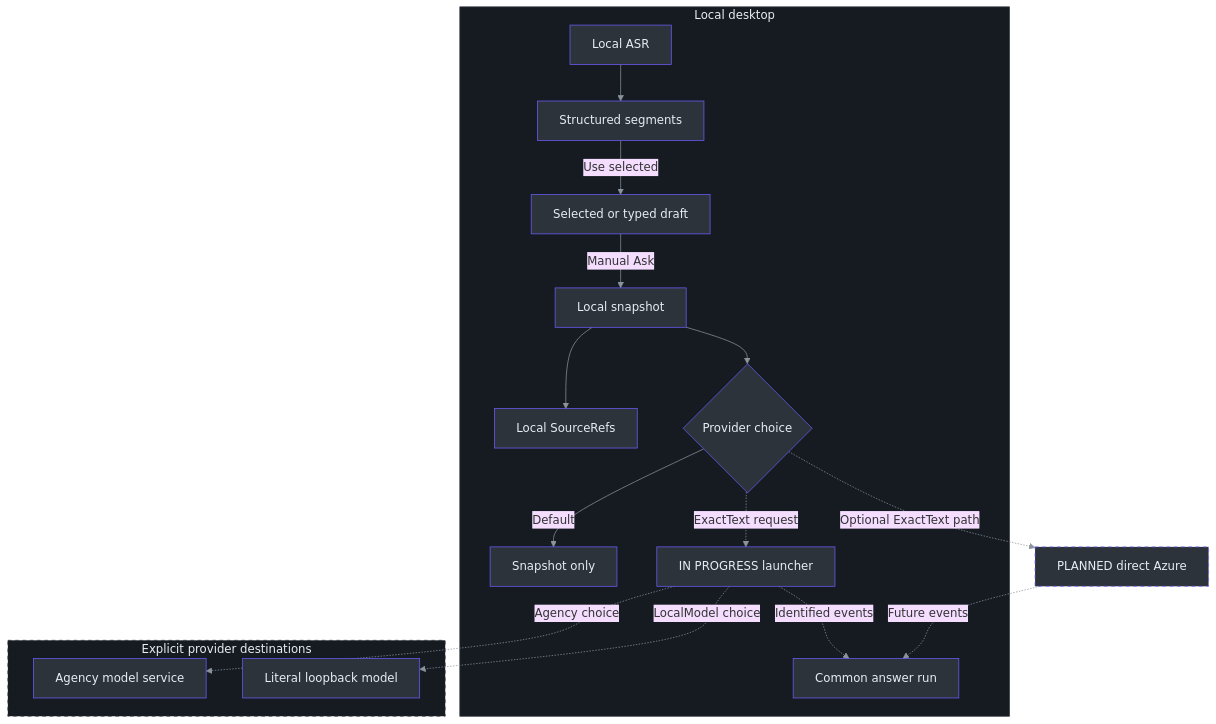
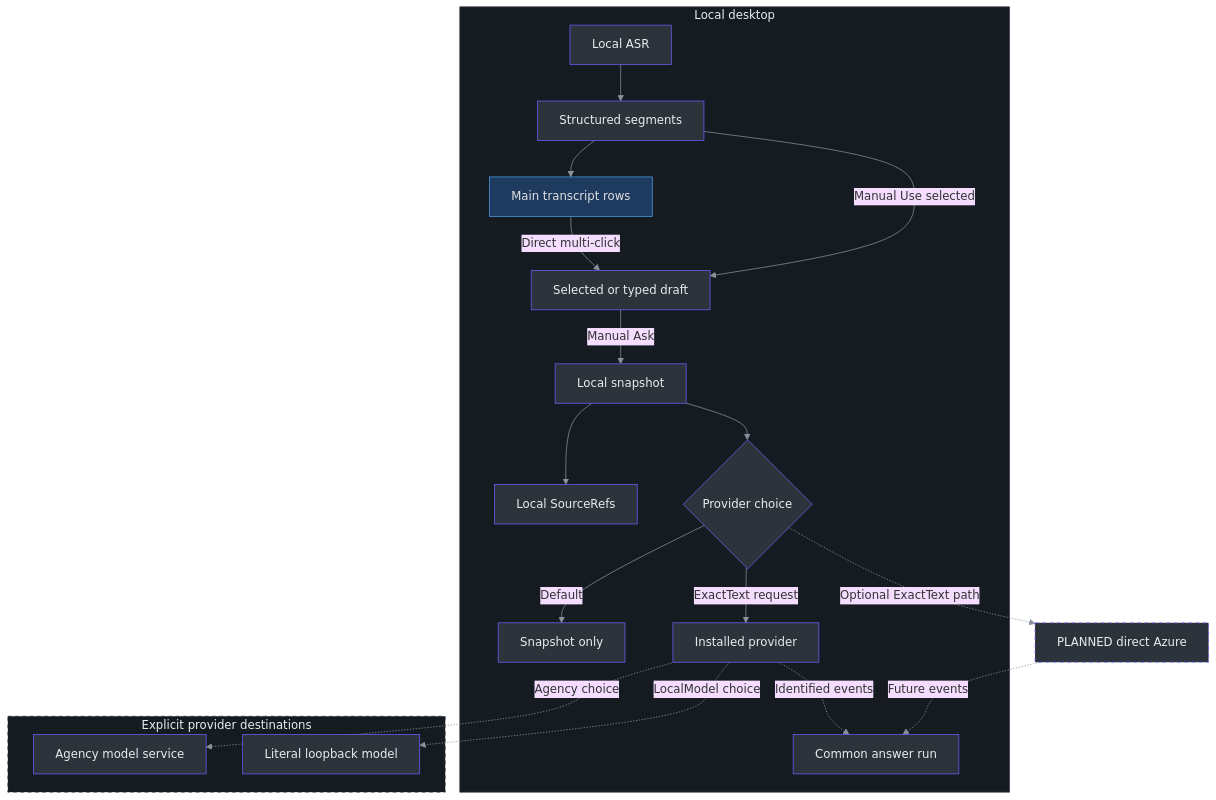
Before and after one commit to Zanark/phantom-fudge: the first of 2 diagrams in docs/handbook/13-proposed-azure-answer-flow.md, drawn with Mermaid. The commit also changed other lines of this file and 371 other files, not shown here.

````diff
--- a/docs/handbook/13-proposed-azure-answer-flow.md
+++ b/docs/handbook/13-proposed-azure-answer-flow.md
@@ -25,47 +34,50 @@
 ```mermaid
 ---
 config:
   theme: base
   themeVariables:
     lineColor: "#8b949e"
     textColor: "#e6edf3"
 ---
 flowchart TB
-    accTitle: Exact questions with IN PROGRESS Agency-first prompting and PLANNED Azure
-    accDescr: SnapshotOnly sends nothing. One separately authorized Agency probe succeeded using its remote model service, while local adapter checks are complete. LocalModel has mock-only evidence and Azure remains future work.
+    accTitle: Exact questions with persistent Agency ACP and PLANNED Azure
+    accDescr: Direct multi-click rows or the manual chooser create a local draft. Only manual configured Ask sends ExactText. SourceRefs stay local; SnapshotOnly sends nothing, and Azure remains planned.
     subgraph Local["Local desktop"]
         ASR["Local ASR"] --> Store["Structured segments"]
-        Store -->|Use selected| Draft["Selected or typed draft"]
+        Store --> Rows["Main transcript rows"]
+        Rows -->|Direct multi-click| Draft["Selected or typed draft"]
+        Store -->|Manual Use selected| Draft
         Draft -->|Manual Ask| Frozen["Local snapshot"]
         Frozen --> Refs["Local SourceRefs"]
         Frozen --> Mode{"Provider choice"}
         Mode -->|Default| None["Snapshot only"]
-        Mode -. ExactText request .-> CLI["IN PROGRESS launcher"]
+        Mode -->|ExactText request| CLI["Installed provider"]
         Answer["Common answer run"]
     end
     subgraph Destinations["Explicit provider destinations"]
         Agency["Agency model service"]
         Loop["Literal loopback model"]
     end
     Azure["PLANNED direct Azure"]
     CLI -. Agency choice .-> Agency
     CLI -. LocalModel choice .-> Loop
     CLI -. Identified events .-> Answer
     Mode -. Optional ExactText path .-> Azure
     Azure -. Future events .-> Answer
     style ASR fill:#2d333b,stroke:#6d5dfc,color:#e6edf3
     style Store fill:#2d333b,stroke:#6d5dfc,color:#e6edf3
+    style Rows fill:#1e3a5f,stroke:#4a9eed,color:#e0e0e0
     style Draft fill:#2d333b,stroke:#6d5dfc,color:#e6edf3
     style Frozen fill:#2d333b,stroke:#6d5dfc,color:#e6edf3
     style Refs fill:#2d333b,stroke:#6d5dfc,color:#e6edf3
     style Mode fill:#2d333b,stroke:#6d5dfc,color:#e6edf3
     style None fill:#2d333b,stroke:#6d5dfc,color:#e6edf3
     style CLI fill:#2d333b,stroke:#6d5dfc,color:#e6edf3
     style Answer fill:#2d333b,stroke:#6d5dfc,color:#e6edf3
     style Agency fill:#2d333b,stroke:#6d5dfc,color:#e6edf3
     style Loop fill:#2d333b,stroke:#6d5dfc,color:#e6edf3
     style Azure fill:#2d333b,stroke:#6d5dfc,color:#e6edf3,stroke-dasharray:5 5
     style Local fill:#161b22,stroke:#30363d,color:#e6edf3
     style Destinations fill:#161b22,stroke:#30363d,color:#e6edf3,stroke-dasharray:5 5
     linkStyle default stroke:#8b949e
 ```
````
